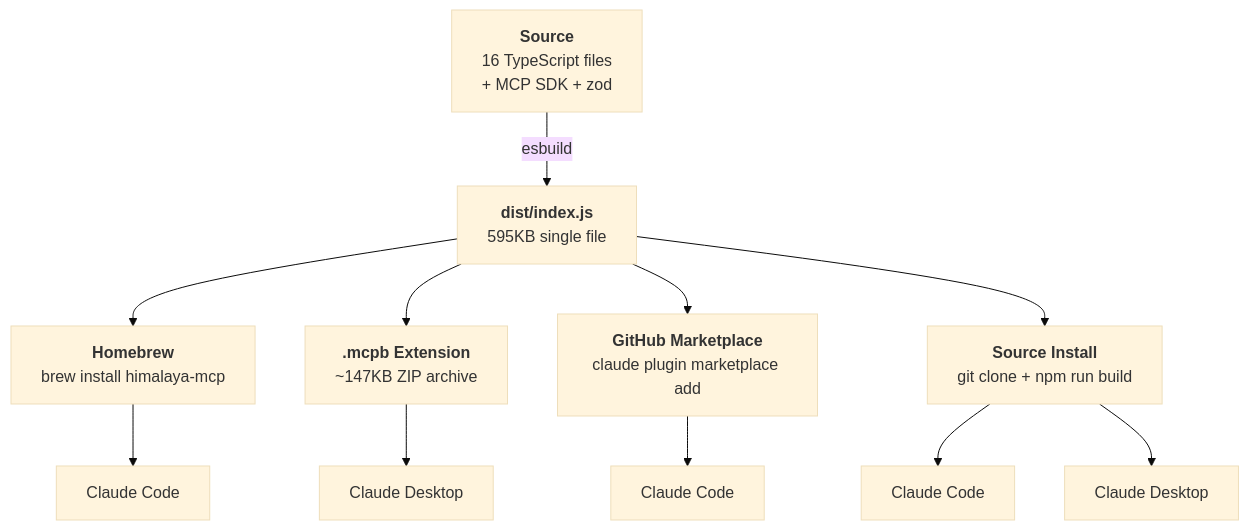
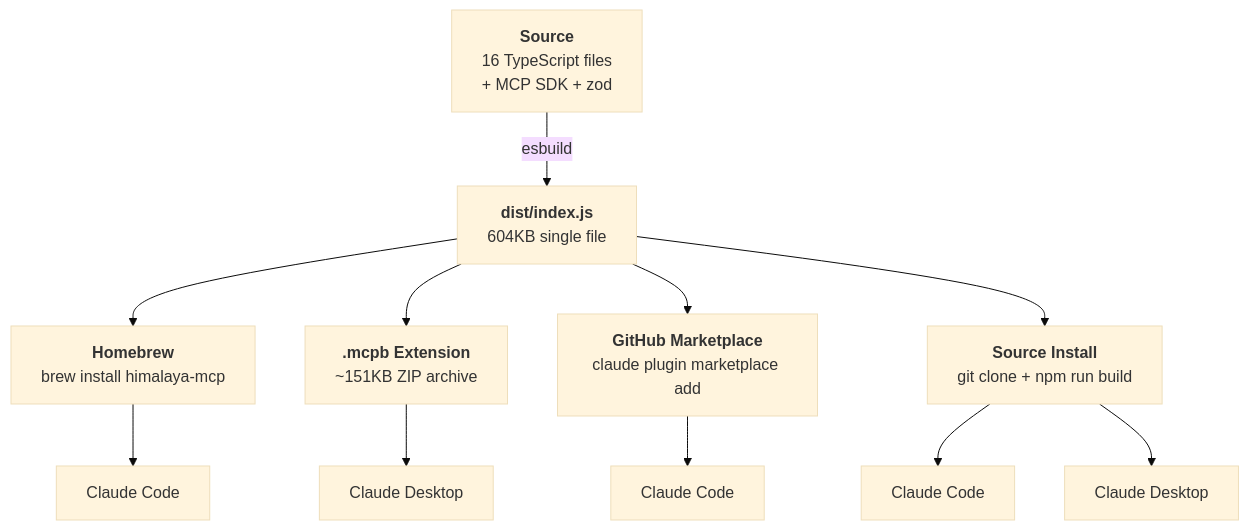
The diagram in docs/guide/packaging.md (Data-Wise/himalaya-mcp), drawn with Mermaid (base theme) before and after one commit. The commit also changed other lines of this file and 15 other files, not shown here.

````diff
--- a/docs/guide/packaging.md
+++ b/docs/guide/packaging.md
@@ -16,22 +16,22 @@
 ```mermaid
 flowchart TD
     SRC["`**Source**
     16 TypeScript files
     + MCP SDK + zod`"] -->|esbuild| BUNDLE["`**dist/index.js**
-    595KB single file`"]
+    604KB single file`"]
 
     BUNDLE --> HB["`**Homebrew**
     brew install himalaya-mcp`"]
     BUNDLE --> MCPB["`**.mcpb Extension**
-    ~147KB ZIP archive`"]
+    ~151KB ZIP archive`"]
     BUNDLE --> GH["`**GitHub Marketplace**
     claude plugin marketplace add`"]
     BUNDLE --> DEV["`**Source Install**
     git clone + npm run build`"]
 
     HB --> CC1[Claude Code]
     GH --> CC2[Claude Code]
     DEV --> CC3[Claude Code]
     MCPB --> CD[Claude Desktop]
     DEV --> CD2[Claude Desktop]
 ```
````
